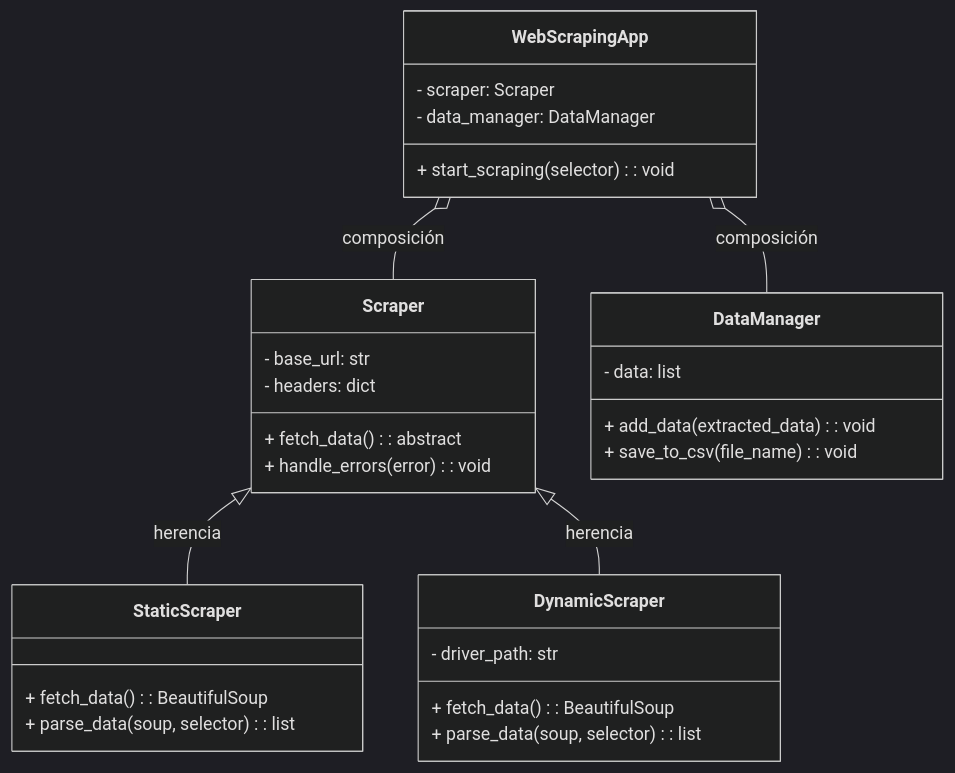
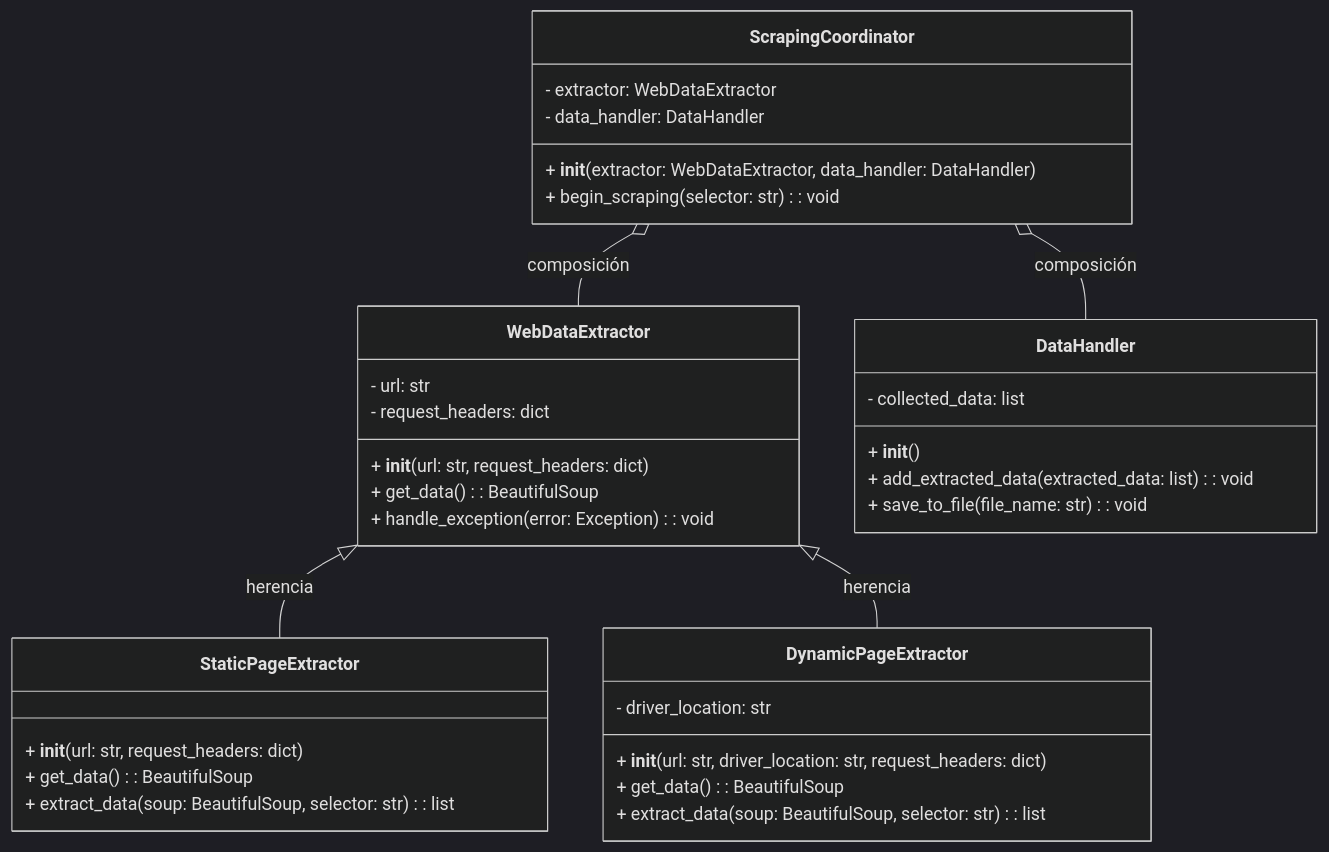
One commit to santgm56/Super-Proyecto-Final changed the diagram in README.md. Above: the diagram before and after it, drawn with Mermaid (dark theme). The commit also changed other lines of this file and 22 other files, not shown here.

`````diff
--- a/README.md
+++ b/README.md
@@ -57,43 +105,48 @@
-```mermaid
+````mermaid
 classDiagram
-    %% Clase base: Scraper
-    class Scraper {
-        - base_url: str
-        - headers: dict
-        + fetch_data(): abstract
-        + handle_errors(error): void
+    %% Clase base: WebDataExtractor
+    class WebDataExtractor {
+        - url: str
+        - request_headers: dict
+        + __init__(url: str, request_headers: dict)
+        + get_data(): BeautifulSoup
+        + handle_exception(error: Exception): void
     }
 
-    %% Clase derivada: StaticScraper
-    class StaticScraper {
-        + fetch_data(): BeautifulSoup
-        + parse_data(soup, selector): list
+    %% Clase derivada: StaticPageExtractor
+    class StaticPageExtractor {
+        + __init__(url: str, request_headers: dict)
+        + get_data(): BeautifulSoup
+        + extract_data(soup: BeautifulSoup, selector: str): list
     }
 
-    %% Clase derivada: DynamicScraper
-    class DynamicScraper {
-        - driver_path: str
-        + fetch_data(): BeautifulSoup
-        + parse_data(soup, selector): list
+    %% Clase derivada: DynamicPageExtractor
+    class DynamicPageExtractor {
+        - driver_location: str
+        + __init__(url: str, driver_location: str, request_headers: dict)
+        + get_data(): BeautifulSoup
+        + extract_data(soup: BeautifulSoup, selector: str): list
     }
 
-    %% Clase para gestión de datos: DataManager
-    class DataManager {
-        - data: list
-        + add_data(extracted_data): void
-        + save_to_csv(file_name): void
+    %% Clase para gestión de datos: DataHandler
+    class DataHandler {
+        - collected_data: list
+        + __init__()
+        + add_extracted_data(extracted_data: list): void
+        + save_to_file(file_name: str): void
     }
 
-    %% Clase controladora: WebScrapingApp
-    class WebScrapingApp {
-        - scraper: Scraper
-        - data_manager: DataManager
-        + start_scraping(selector): void
+    %% Clase controladora: ScrapingCoordinator
+    class ScrapingCoordinator {
+        - extractor: WebDataExtractor
+        - data_handler: DataHandler
+        + __init__(extractor: WebDataExtractor, data_handler: DataHandler)
+        + begin_scraping(selector: str): void
     }
 
     %% Relaciones
-    Scraper <|-- StaticScraper : herencia
-    Scraper <|-- DynamicScraper : herencia
-    WebScrapingApp o-- Scraper : composición
-    WebScrapingApp o-- DataManager : composición
-```
+    WebDataExtractor <|-- StaticPageExtractor : herencia
+    WebDataExtractor <|-- DynamicPageExtractor : herencia
+    ScrapingCoordinator o-- WebDataExtractor : composición
+    ScrapingCoordinator o-- DataHandler : composición
+````
`````
